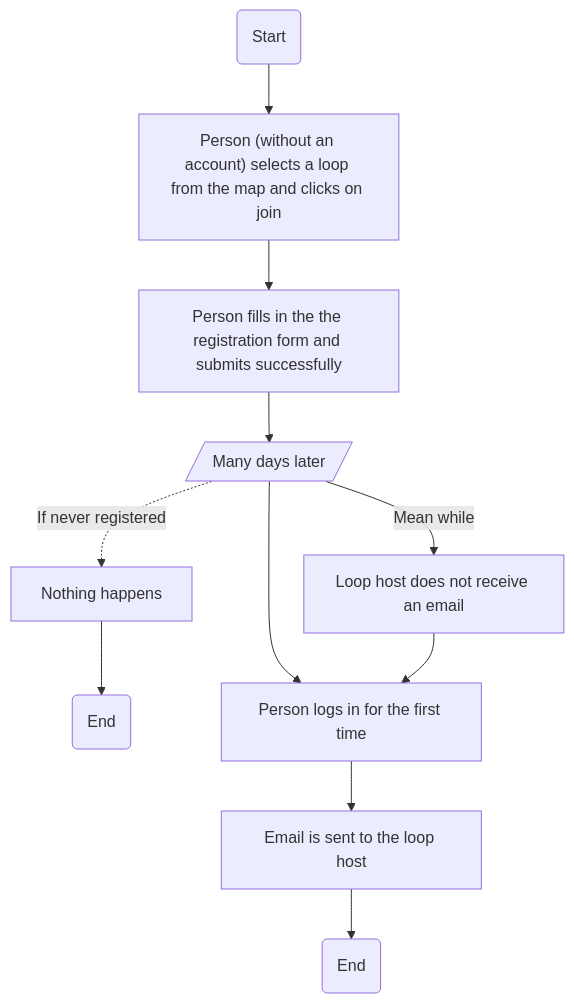
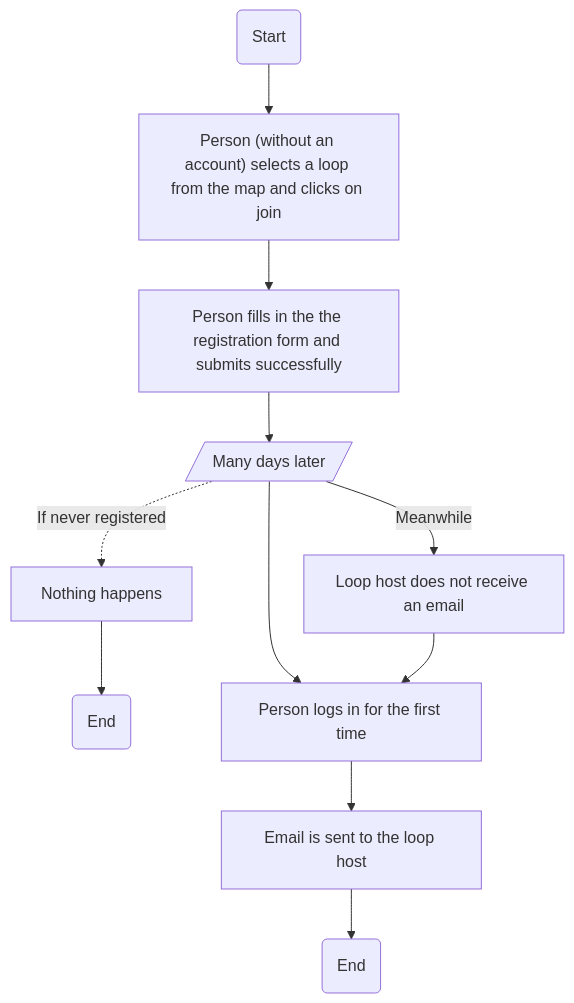
One commit to the-clothing-loop/website changed the first of 3 diagrams in server/docs/email_diagrams.md. Above: the diagram before and after it, drawn with Mermaid.

Commit message:
Typo in diagram

````diff
--- a/server/docs/email_diagrams.md
+++ b/server/docs/email_diagrams.md
@@ -5,19 +5,19 @@
 ```mermaid
 
 flowchart
    Start(Start) --> A["Person (without an account) selects a loop from the map and clicks on join"]
    A --> B[Person fills in the the registration form and submits successfully]
    B --> C[/Many days later/]
 
    C -. If never registered .-> C3[Nothing happens]
    C3 --> D3(End)
 
    C --> D[Person logs in for the first time]
    D --> E[Email is sent to the loop host]
 
-   C -- Mean while --> C2[Loop host does not receive an email]
+   C -- Meanwhile --> C2[Loop host does not receive an email]
    C2 --> D
 
    E --> End(End)
 
 ```
````
